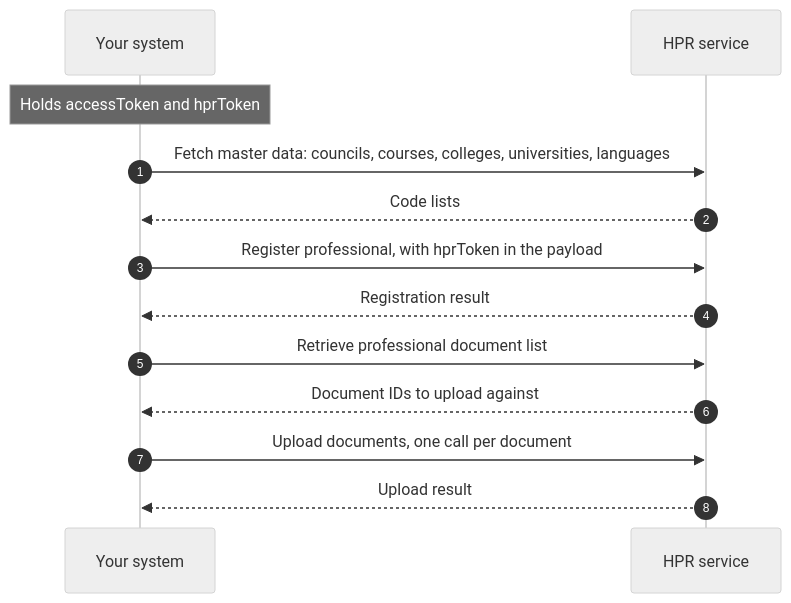
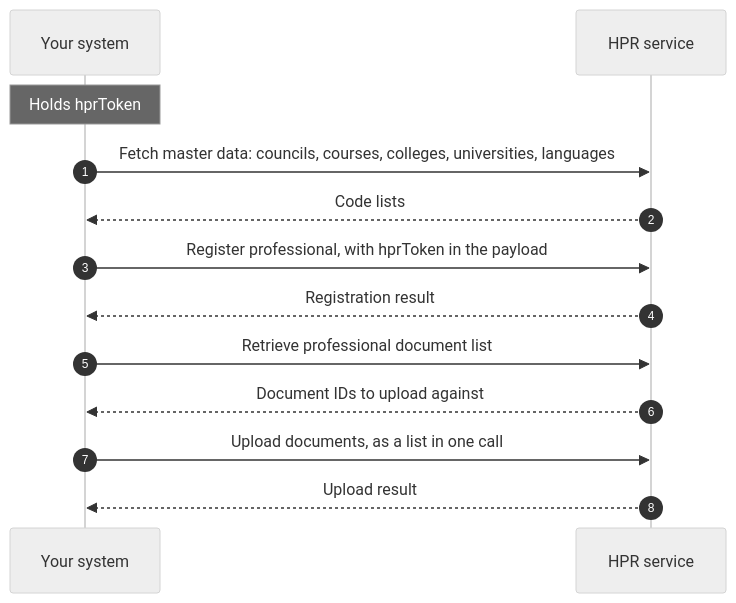
One commit to nha-in/docs changed the third of 6 diagrams in site/docs/hiecm/v3/milestones/m4.mdx. Above: the diagram before and after it, drawn with Mermaid (neutral theme). The commit also changed other lines of this file and 33 other files, not shown here.

````diff
--- a/site/docs/hiecm/v3/milestones/m4.mdx
+++ b/site/docs/hiecm/v3/milestones/m4.mdx
@@ -162,16 +159,16 @@
 ```mermaid
 sequenceDiagram
     autonumber
     participant S as Your system
     participant H as HPR service
 
-    Note over S: Holds accessToken and hprToken
+    Note over S: Holds hprToken
     S->>H: Fetch master data: councils, courses, colleges, universities, languages
     H-->>S: Code lists
     S->>H: Register professional, with hprToken in the payload
     H-->>S: Registration result
     S->>H: Retrieve professional document list
     H-->>S: Document IDs to upload against
-    S->>H: Upload documents, one call per document
+    S->>H: Upload documents, as a list in one call
     H-->>S: Upload result
 ```
````
